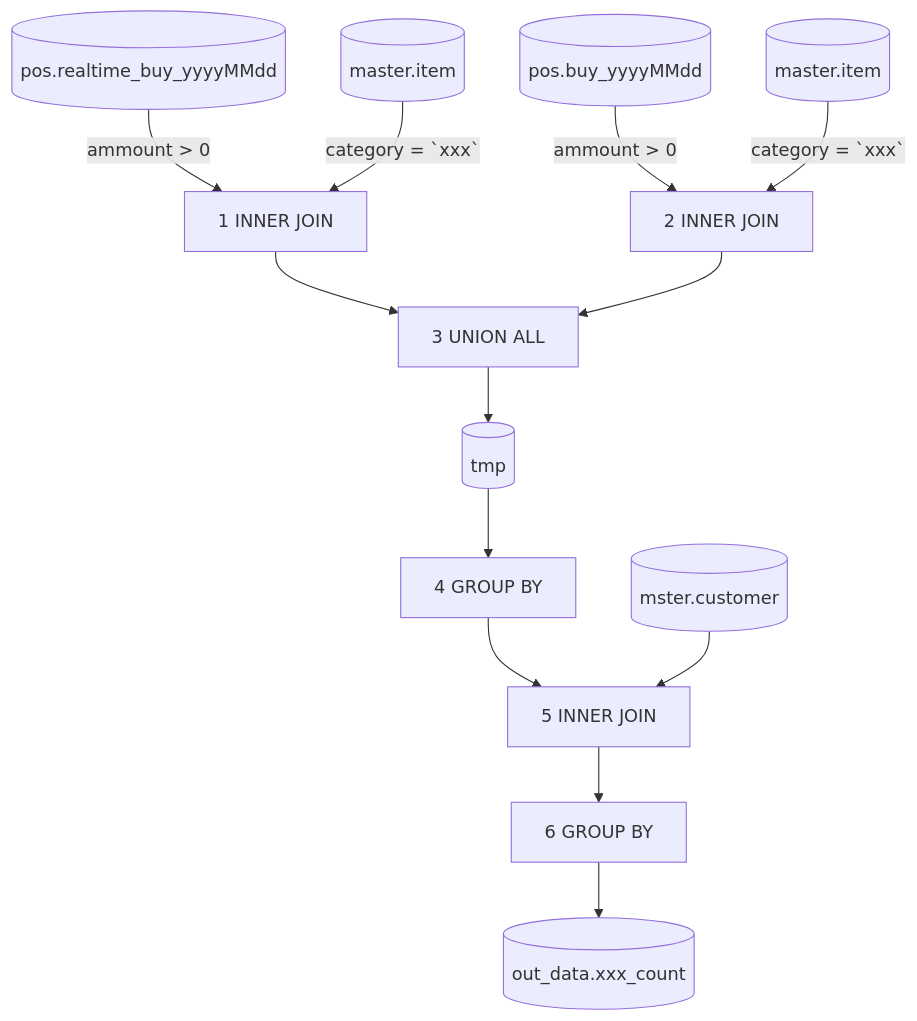
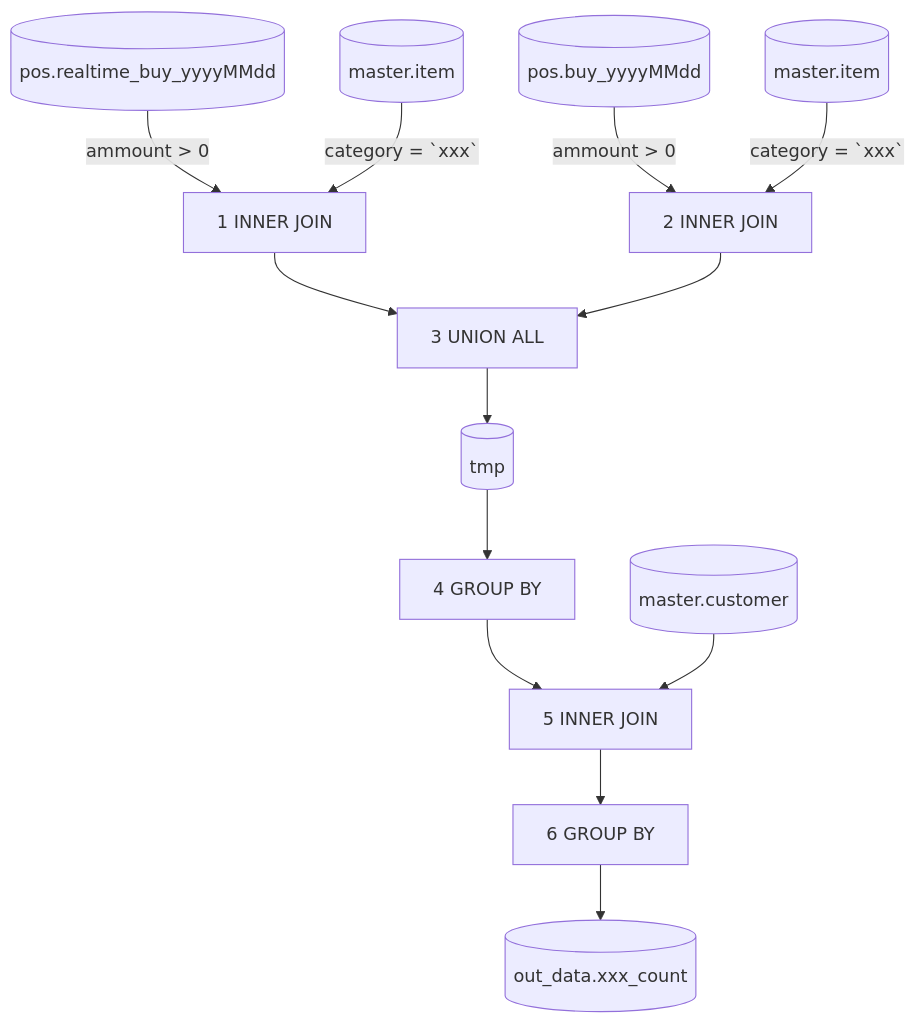
Before and after one commit to dokapo/doc-template: the second of 2 diagrams in README.md, drawn with Mermaid. The commit also changed other lines of this file, not shown here.

````diff
--- a/README.md
+++ b/README.md
@@ -52,26 +52,26 @@
 ```mermaid
 flowchart
   in_1[(pos.realtime_buy_yyyyMMdd)]
   -->|ammount > 0|inner_join[1 INNER JOIN]
   in_2[(master.item)]
   -->|category = `xxx`|inner_join
 
   in_3[(pos.buy_yyyyMMdd)]
   -->|ammount > 0|inner_join2[2 INNER JOIN]
   in_4[(master.item)]
   -->|category = `xxx`|inner_join2
 
   inner_join-->union[3 UNION ALL]
   inner_join2-->union
   -->tmp[(tmp)]
 
   -->group_by[4 GROUP BY]
 
   group_by-->inner_join3[5 INNER JOIN]
-  id_mapping[(mster.customer)]
+  id_mapping[(master.customer)]
   -->inner_join3
 
   -->group_by2[6 GROUP BY]
 
   -->xxx_pv[(out_data.xxx_count)]
 ```
````
